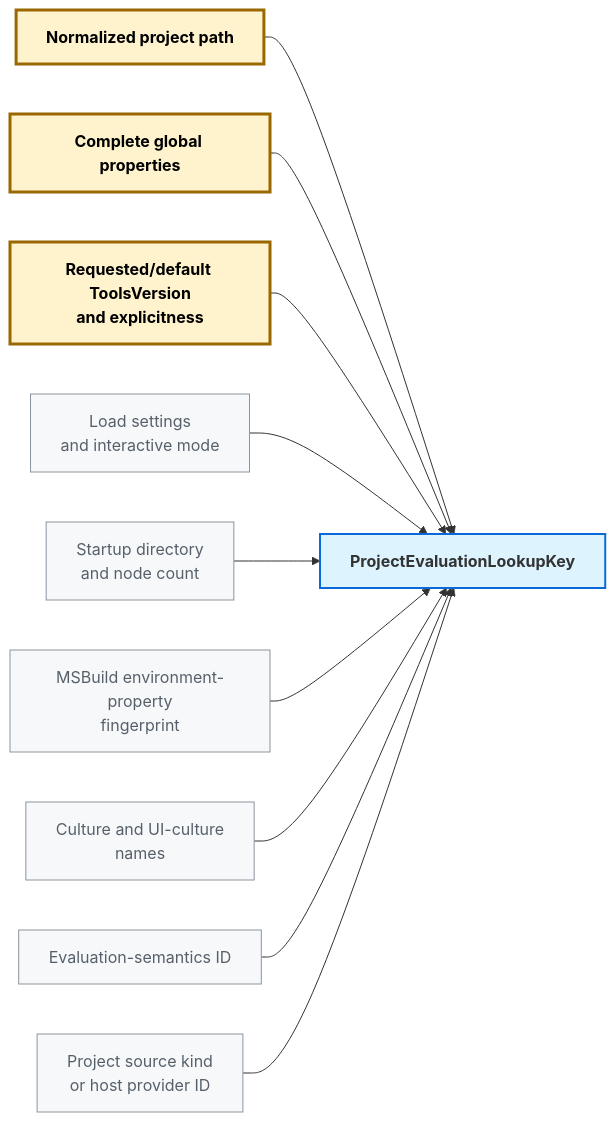
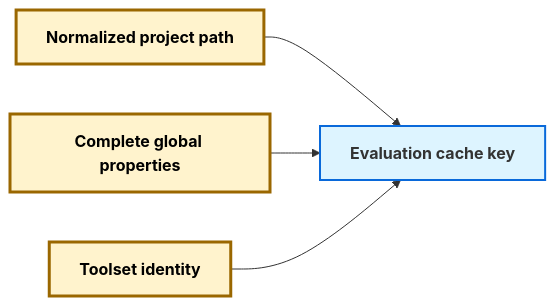
The first of 2 diagrams in evaluation_cahce_inputs.md (OvesN/docs), drawn with Mermaid before and after one commit. The commit also changed other lines of this file, not shown here.

First line of the commit message:
Clarify evaluation input stability and invalidation options (#1)

````diff
--- a/evaluation_cahce_inputs.md
+++ b/evaluation_cahce_inputs.md
@@ -46,32 +47,18 @@
 ```mermaid
 flowchart LR
     Project["<b>Normalized project path</b>"]
     Globals["<b>Complete global properties</b>"]
-    Tools["<b>Requested/default ToolsVersion<br/>and explicitness</b>"]
-    Settings["Load settings<br/>and interactive mode"]
-    BuiltIns["Startup directory<br/>and node count"]
-    Environment["MSBuild environment-property<br/>fingerprint"]
-    Culture["Culture and UI-culture<br/>names"]
-    Semantics["Evaluation-semantics ID"]
-    Provider["Project source kind<br/>or host provider ID"]
+    Tools["<b>Toolset identity</b>"]
 
-    Key["ProjectEvaluationLookupKey"]
+    Key["Evaluation cache key"]
 
     Project --> Key
     Globals --> Key
     Tools --> Key
-    Settings --> Key
-    BuiltIns --> Key
-    Environment --> Key
-    Culture --> Key
-    Semantics --> Key
-    Provider --> Key
 
     classDef core fill:#fff3cd,stroke:#9a6700,stroke-width:3px,color:#000000,font-weight:bold
-    classDef advanced fill:#f6f8fa,stroke:#8c959f,color:#57606a
     classDef key fill:#ddf4ff,stroke:#0969da,stroke-width:2px,font-weight:bold
 
     class Project,Globals,Tools core
-    class Settings,BuiltIns,Environment,Culture,Semantics,Provider advanced
     class Key key
 ```
````
